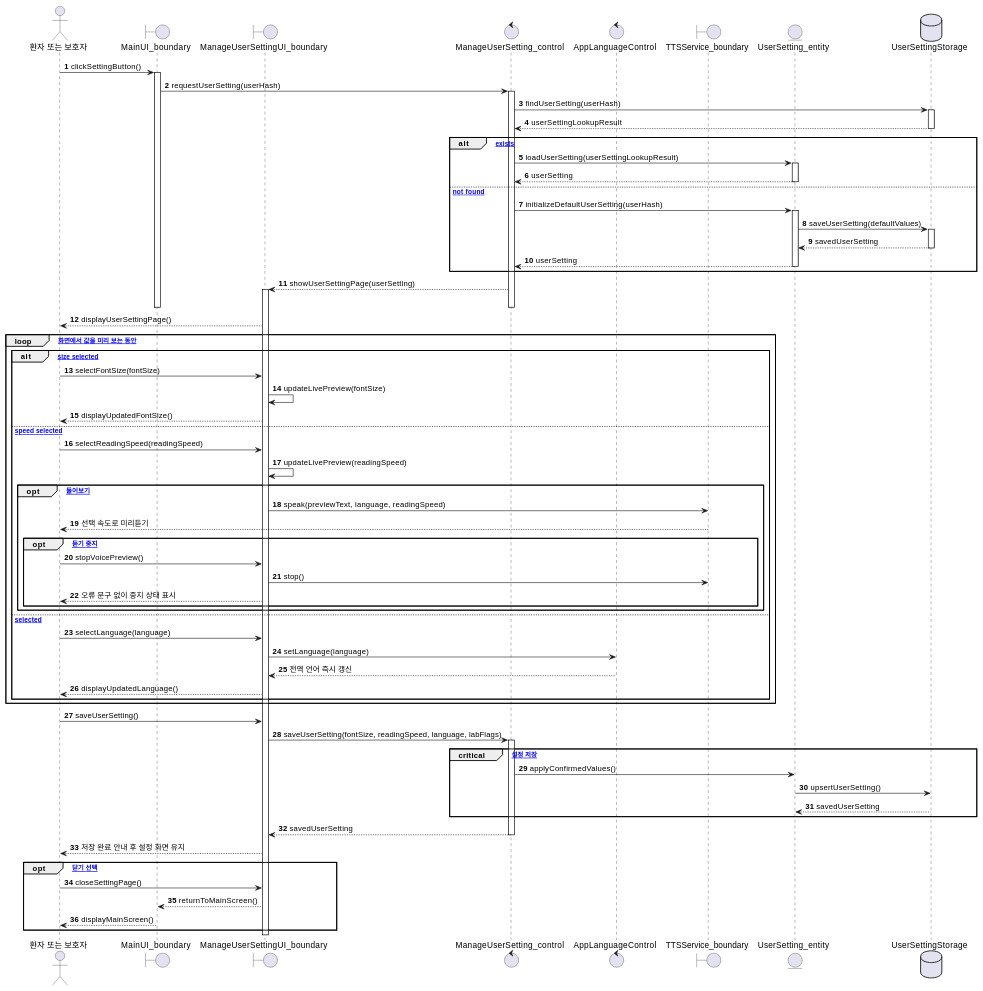
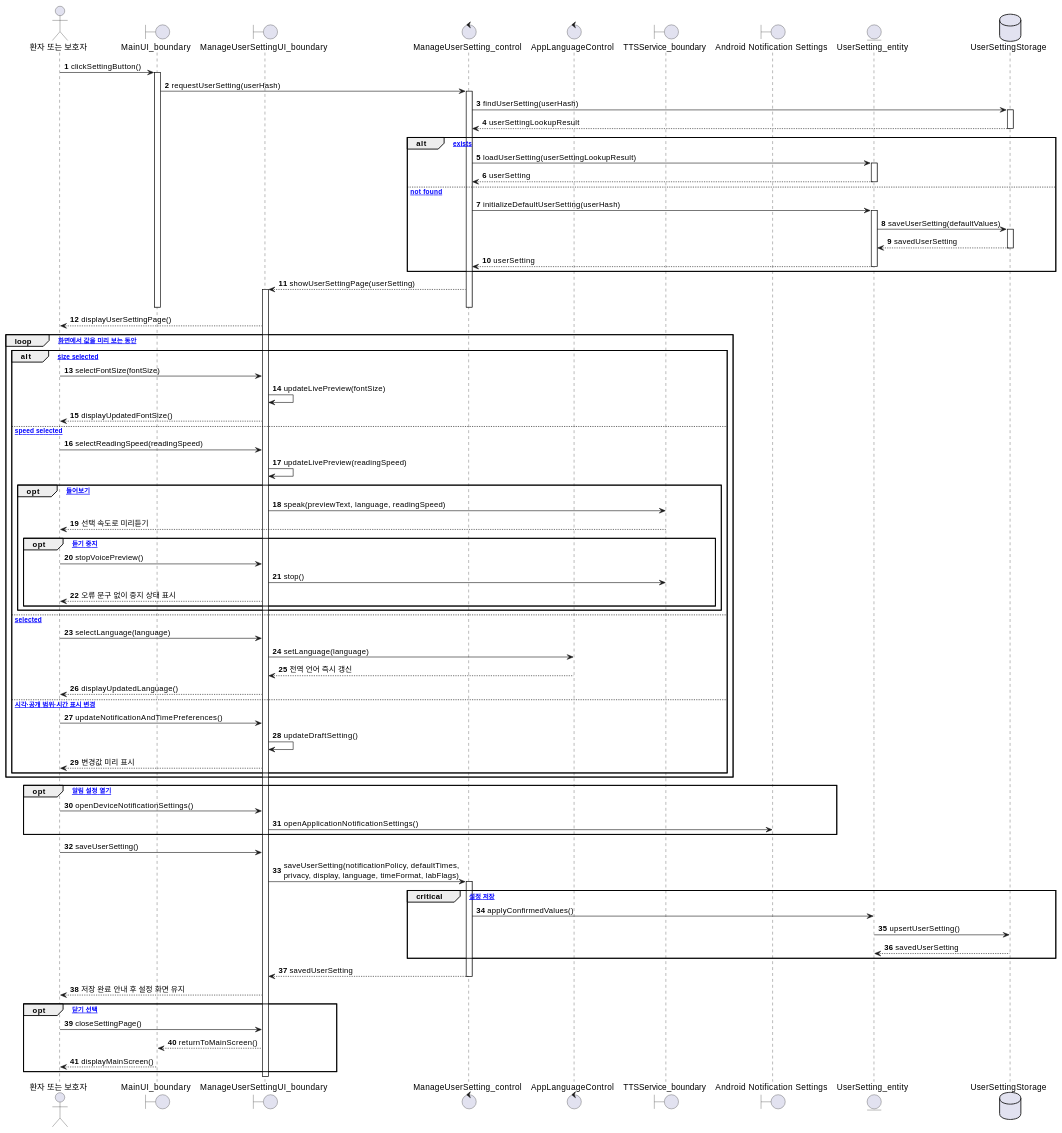
One commit to 1window2/MedBuddy changed the sixth of 10 diagrams in docs/MedBuddy - Sequence Diagrams.md. Above: the diagram before and after it, drawn with PlantUML. The commit also changed other lines of this file and 5 other files, not shown here.

```diff
--- a/docs/MedBuddy - Sequence Diagrams.md
+++ b/docs/MedBuddy - Sequence Diagrams.md
@@ -921,6 +923,7 @@
 control "ManageUserSetting_control" as C
 control "AppLanguageControl" as LanguageControl
 boundary "TTSService_boundary" as TTS
+boundary "Android Notification Settings" as AndroidSettings
 entity "UserSetting_entity" as Setting
 database "UserSettingStorage" as Storage
 
@@ -977,11 +980,20 @@
     SettingUI -> LanguageControl : setLanguage(language)
     LanguageControl --> SettingUI : 전역 언어 즉시 갱신
     SettingUI --> User : displayUpdatedLanguage()
+  else [알림·기본 시각·공개 범위·시간 표시 변경]
+    User -> SettingUI : updateNotificationAndTimePreferences()
+    SettingUI -> SettingUI : updateDraftSetting()
+    SettingUI --> User : 변경값 미리 표시
   end
 end
 
+opt [휴대폰 알림 설정 열기]
+  User -> SettingUI : openDeviceNotificationSettings()
+  SettingUI -> AndroidSettings : openApplicationNotificationSettings()
+end
+
 User -> SettingUI : saveUserSetting()
-SettingUI -> C : saveUserSetting(fontSize, readingSpeed, language, labFlags)
+SettingUI -> C : saveUserSetting(notificationPolicy, defaultTimes,\nprivacy, display, language, timeFormat, labFlags)
 activate C
 critical [사용자 설정 저장]
   C -> Setting : applyConfirmedValues()
```
